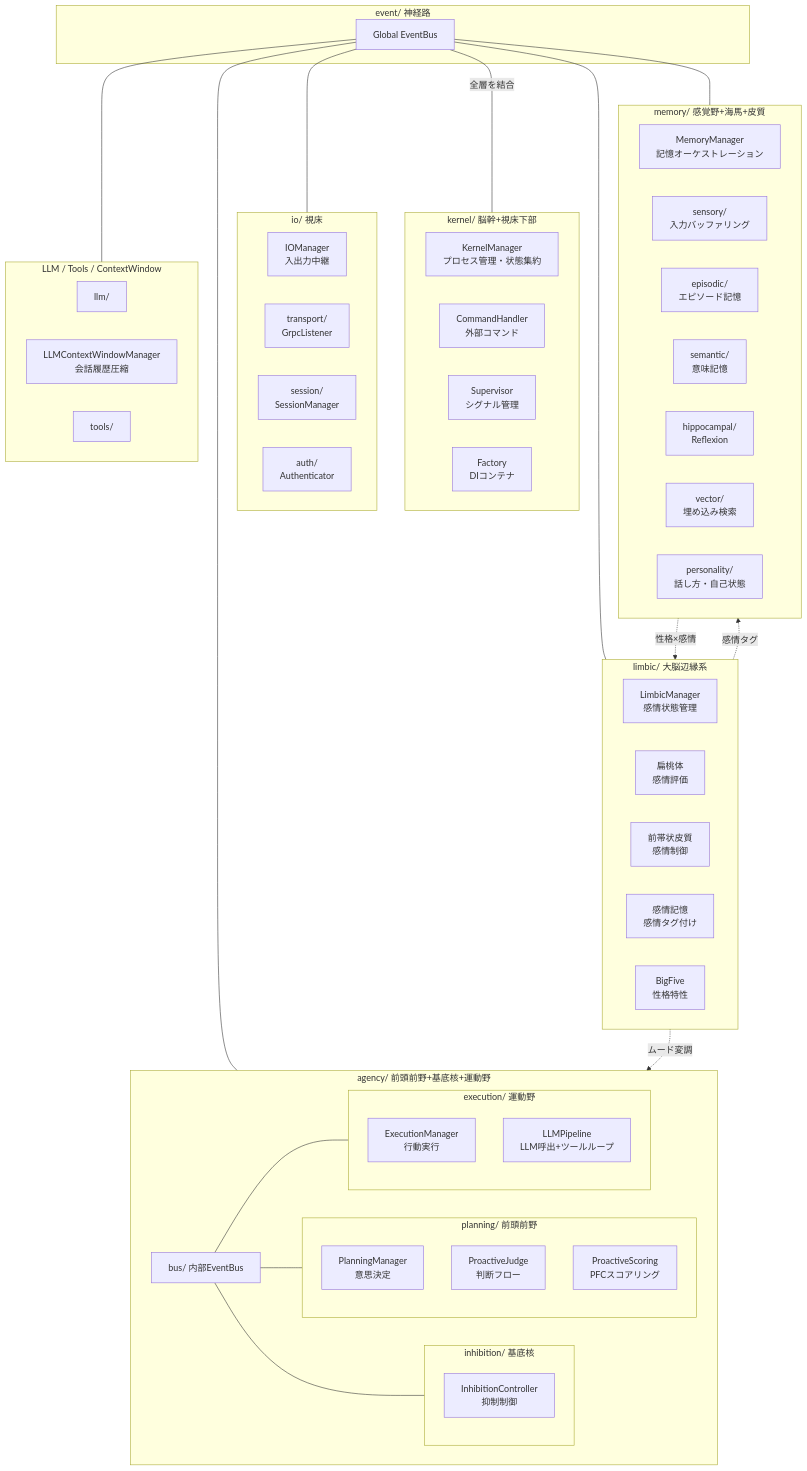
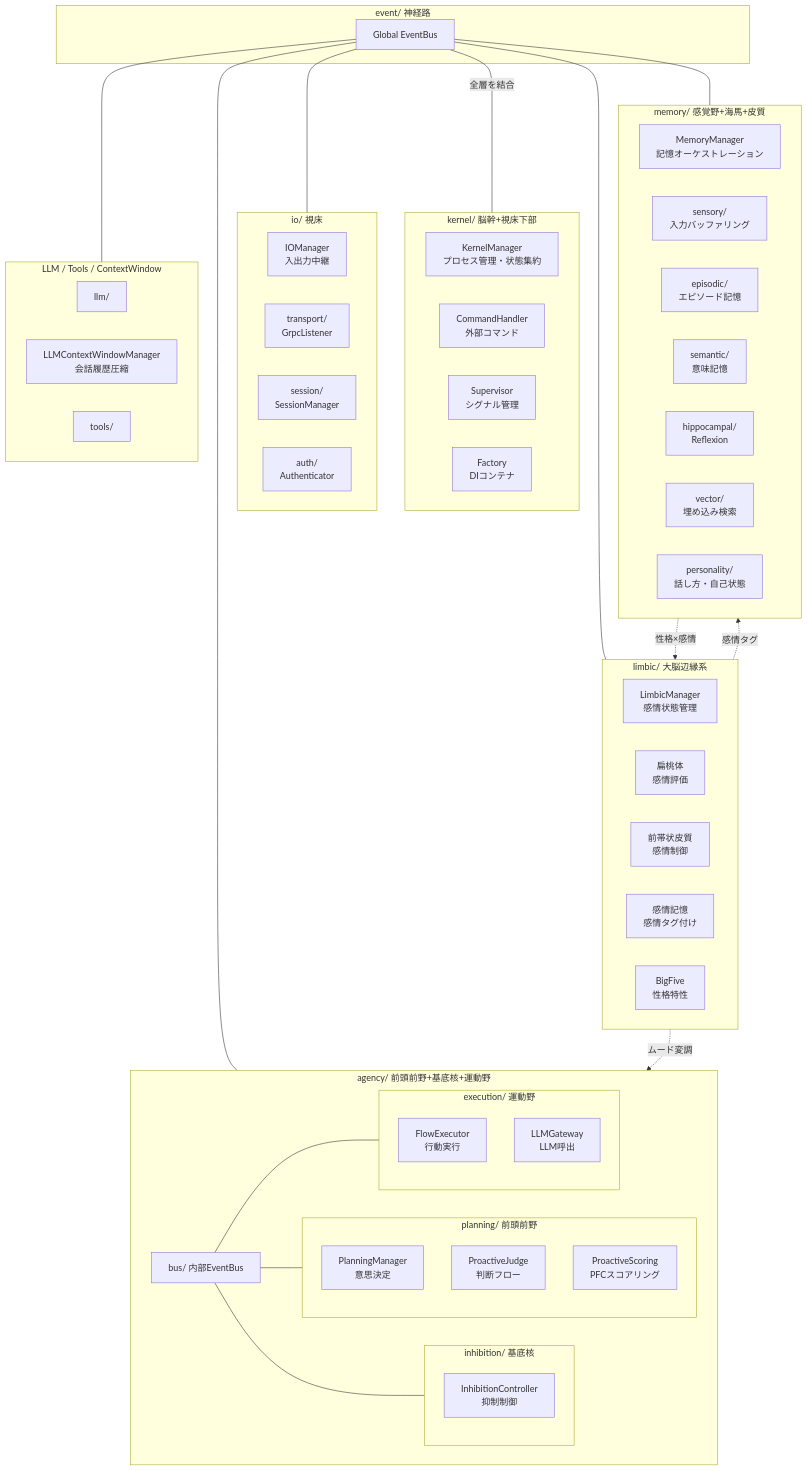
The first of 4 diagrams in docs/architecture.md (ibukani/iris-mind), drawn with Mermaid before and after one commit. The commit also changed other lines of this file and 35 other files, not shown here.

````diff
--- a/docs/architecture.md
+++ b/docs/architecture.md
@@ -9,78 +9,78 @@
 ```mermaid
 flowchart TD
     subgraph Kernel["kernel/ 脳幹+視床下部"]
         K_Manager["KernelManager<br/>プロセス管理・状態集約"]
         K_Command["CommandHandler<br/>外部コマンド"]
         K_Supervisor["Supervisor<br/>シグナル管理"]
         K_Factory["Factory<br/>DIコンテナ"]
     end
 
     subgraph IO["io/ 視床"]
         IO_Manager["IOManager<br/>入出力中継"]
         IO_Trans["transport/<br/>GrpcListener"]
         IO_Session["session/<br/>SessionManager"]
         IO_Auth["auth/<br/>Authenticator"]
     end
 
     subgraph Limbic["limbic/ 大脳辺縁系"]
         L_Manager["LimbicManager<br/>感情状態管理"]
         L_Amygdala["扁桃体<br/>感情評価"]
         L_ACC["前帯状皮質<br/>感情制御"]
         L_EM["感情記憶<br/>感情タグ付け"]
         L_BF["BigFive<br/>性格特性"]
     end
 
     subgraph Memory["memory/ 感覚野+海馬+皮質"]
         M_Manager["MemoryManager<br/>記憶オーケストレーション"]
         M_Sensory["sensory/<br/>入力バッファリング"]
         M_Episodic["episodic/<br/>エピソード記憶"]
         M_Semantic["semantic/<br/>意味記憶"]
         M_Hippocampal["hippocampal/<br/>Reflexion"]
         M_Vector["vector/<br/>埋め込み検索"]
         M_Personality["personality/<br/>話し方・自己状態"]
     end
 
     subgraph Agency["agency/ 前頭前野+基底核+運動野"]
         A_Bus["bus/ 内部EventBus"]
 
         subgraph Planning["planning/ 前頭前野"]
             P_Manager["PlanningManager<br/>意思決定"]
             P_Judge["ProactiveJudge<br/>判断フロー"]
             P_Scoring["ProactiveScoring<br/>PFCスコアリング"]
         end
 
         subgraph Inhibition["inhibition/ 基底核"]
             INH["InhibitionController<br/>抑制制御"]
         end
 
         subgraph Execution["execution/ 運動野"]
-            E_Manager["ExecutionManager<br/>行動実行"]
-            E_LLM["LLMPipeline<br/>LLM呼出+ツールループ"]
+            E_Exec["FlowExecutor<br/>行動実行"]
+            E_LLM["LLMGateway<br/>LLM呼出"]
         end
     end
 
     subgraph Infra["LLM / Tools / ContextWindow"]
         I_LLM["llm/"]
         I_CW["LLMContextWindowManager<br/>会話履歴圧縮"]
         I_TOOLS["tools/"]
     end
 
     subgraph Event["event/ 神経路"]
         EB["Global EventBus"]
     end
 
     EB ---|全層を結合| Kernel
     EB --- IO
     EB --- Limbic
     EB --- Memory
     EB --- Agency
     EB --- Infra
 
     A_Bus --- Planning
     A_Bus --- Inhibition
     A_Bus --- Execution
 
     Limbic -.->|感情タグ| Memory
     Limbic -.->|ムード変調| Agency
     Memory -.->|性格×感情| Limbic
 ```
````
